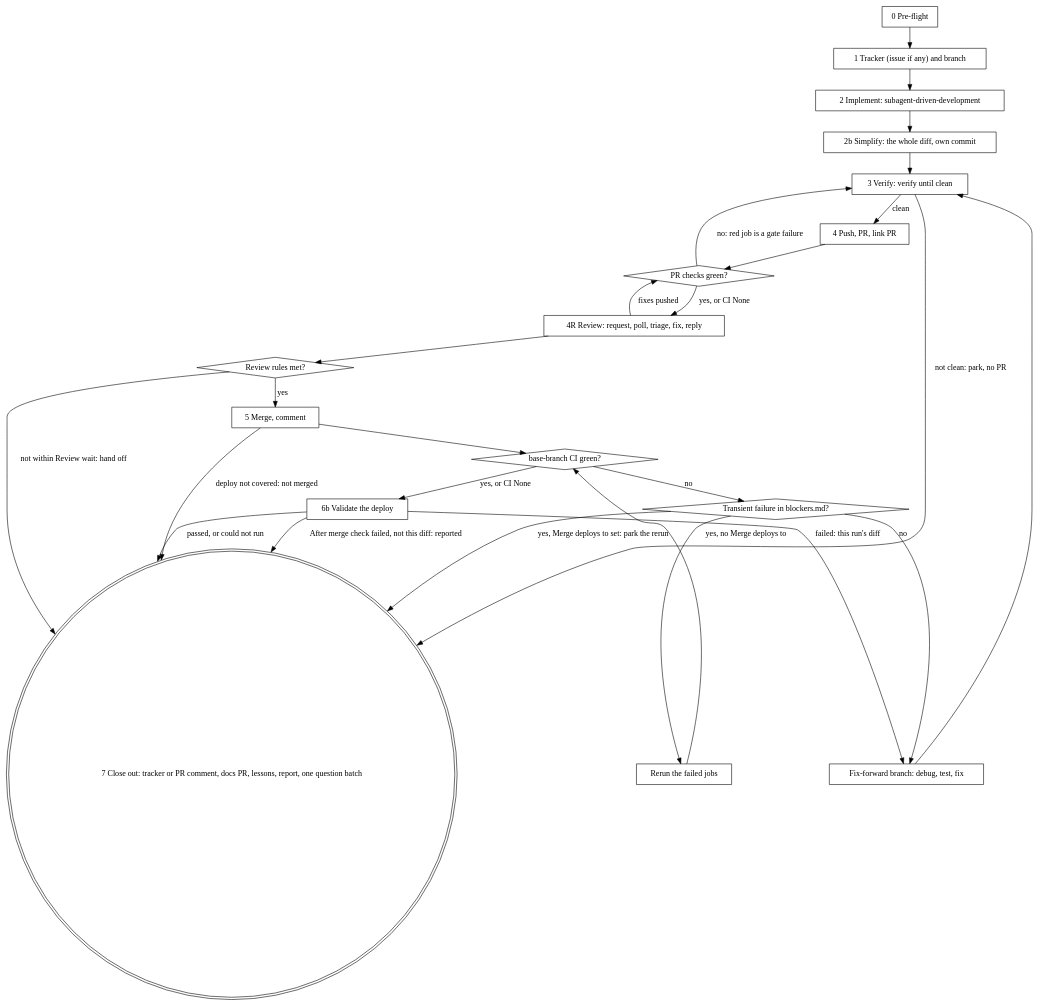
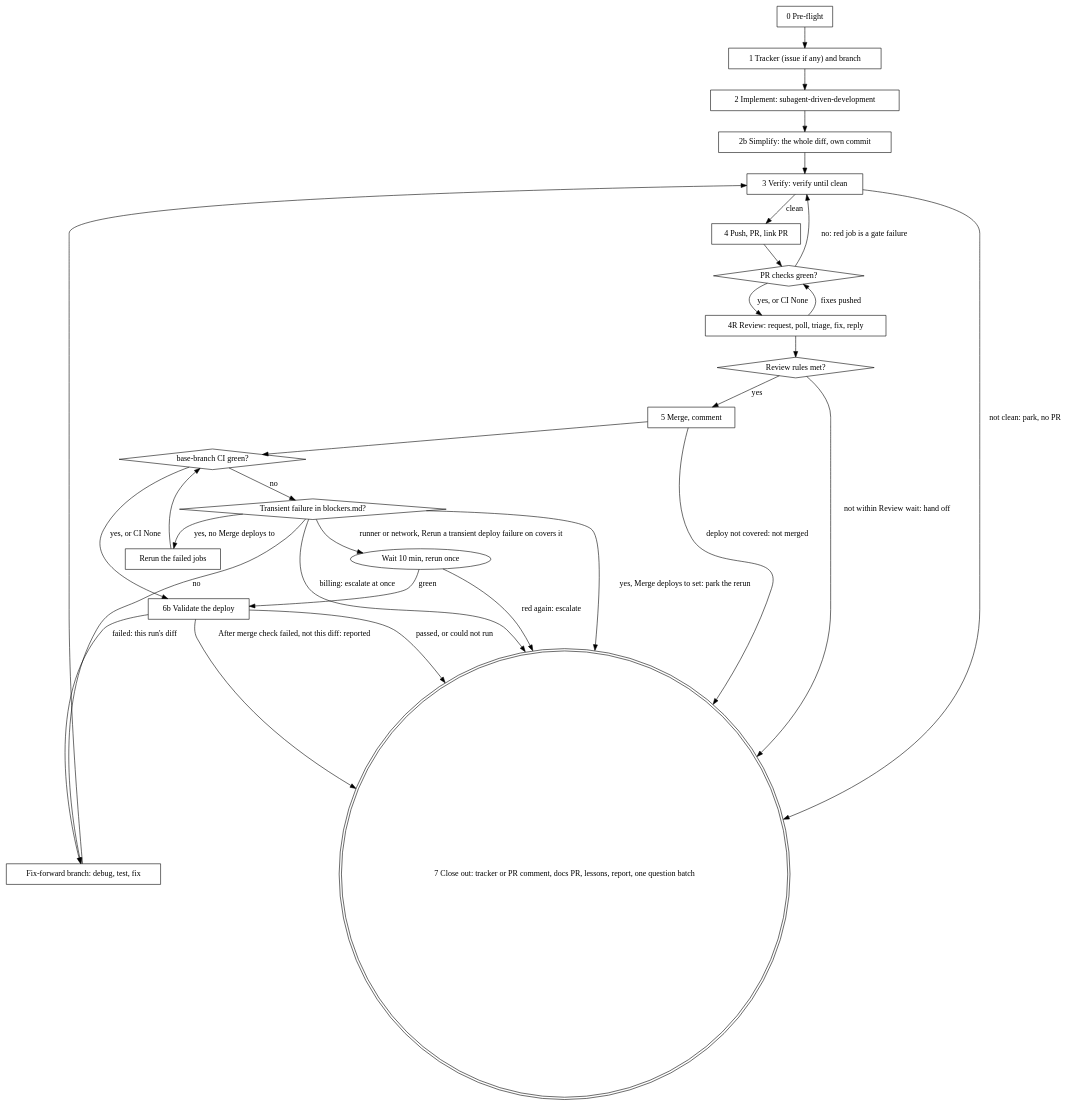
Before and after one commit to tarmopr/ai-skills: the diagram in skills/ship-plan/SKILL.md, drawn with Graphviz. The commit also changed other lines of this file and 3 other files, not shown here.

First line of the commit message:
feat: rerun a transient deploy failure once on opted-in environments (0.6.2)

````diff
--- a/skills/ship-plan/SKILL.md
+++ b/skills/ship-plan/SKILL.md
@@ -193,46 +193,50 @@
 ```dot
 digraph ship {
   "0 Pre-flight" [shape=box];
   "1 Tracker (issue if any) and branch" [shape=box];
   "2 Implement: subagent-driven-development" [shape=box];
   "2b Simplify: the whole diff, own commit" [shape=box];
   "3 Verify: verify until clean" [shape=box];
   "4 Push, PR, link PR" [shape=box];
   "PR checks green?" [shape=diamond];
   "4R Review: request, poll, triage, fix, reply" [shape=box];
   "Review rules met?" [shape=diamond];
   "5 Merge, comment" [shape=box];
   "base-branch CI green?" [shape=diamond];
   "Transient failure in blockers.md?" [shape=diamond];
   "Rerun the failed jobs" [shape=box];
   "Fix-forward branch: debug, test, fix" [shape=box];
   "6b Validate the deploy" [shape=box];
   "7 Close out: tracker or PR comment, docs PR, lessons, report, one question batch" [shape=doublecircle];
 
   "0 Pre-flight" -> "1 Tracker (issue if any) and branch";
   "1 Tracker (issue if any) and branch" -> "2 Implement: subagent-driven-development";
   "2 Implement: subagent-driven-development" -> "2b Simplify: the whole diff, own commit";
   "2b Simplify: the whole diff, own commit" -> "3 Verify: verify until clean";
   "3 Verify: verify until clean" -> "4 Push, PR, link PR" [label="clean"];
   "3 Verify: verify until clean" -> "7 Close out: tracker or PR comment, docs PR, lessons, report, one question batch" [label="not clean: park, no PR"];
   "4 Push, PR, link PR" -> "PR checks green?";
   "PR checks green?" -> "3 Verify: verify until clean" [label="no: red job is a gate failure"];
   "PR checks green?" -> "4R Review: request, poll, triage, fix, reply" [label="yes, or CI None"];
   "4R Review: request, poll, triage, fix, reply" -> "PR checks green?" [label="fixes pushed"];
   "4R Review: request, poll, triage, fix, reply" -> "Review rules met?";
   "Review rules met?" -> "5 Merge, comment" [label="yes"];
   "Review rules met?" -> "7 Close out: tracker or PR comment, docs PR, lessons, report, one question batch" [label="not within Review wait: hand off"];
   "5 Merge, comment" -> "base-branch CI green?";
   "5 Merge, comment" -> "7 Close out: tracker or PR comment, docs PR, lessons, report, one question batch" [label="deploy not covered: not merged"];
   "base-branch CI green?" -> "6b Validate the deploy" [label="yes, or CI None"];
   "6b Validate the deploy" -> "7 Close out: tracker or PR comment, docs PR, lessons, report, one question batch" [label="passed, or could not run"];
   "6b Validate the deploy" -> "Fix-forward branch: debug, test, fix" [label="failed: this run's diff"];
   "6b Validate the deploy" -> "7 Close out: tracker or PR comment, docs PR, lessons, report, one question batch" [label="After merge check failed, not this diff: reported"];
   "base-branch CI green?" -> "Transient failure in blockers.md?" [label="no"];
   "Transient failure in blockers.md?" -> "Rerun the failed jobs" [label="yes, no Merge deploys to"];
   "Transient failure in blockers.md?" -> "7 Close out: tracker or PR comment, docs PR, lessons, report, one question batch" [label="yes, Merge deploys to set: park the rerun"];
+  "Transient failure in blockers.md?" -> "Wait 10 min, rerun once" [label="runner or network, Rerun a transient deploy failure on covers it"];
+  "Transient failure in blockers.md?" -> "7 Close out: tracker or PR comment, docs PR, lessons, report, one question batch" [label="billing: escalate at once"];
+  "Wait 10 min, rerun once" -> "6b Validate the deploy" [label="green"];
+  "Wait 10 min, rerun once" -> "7 Close out: tracker or PR comment, docs PR, lessons, report, one question batch" [label="red again: escalate"];
   "Rerun the failed jobs" -> "base-branch CI green?";
   "Transient failure in blockers.md?" -> "Fix-forward branch: debug, test, fix" [label="no"];
   "Fix-forward branch: debug, test, fix" -> "3 Verify: verify until clean";
 }
 ```
````
